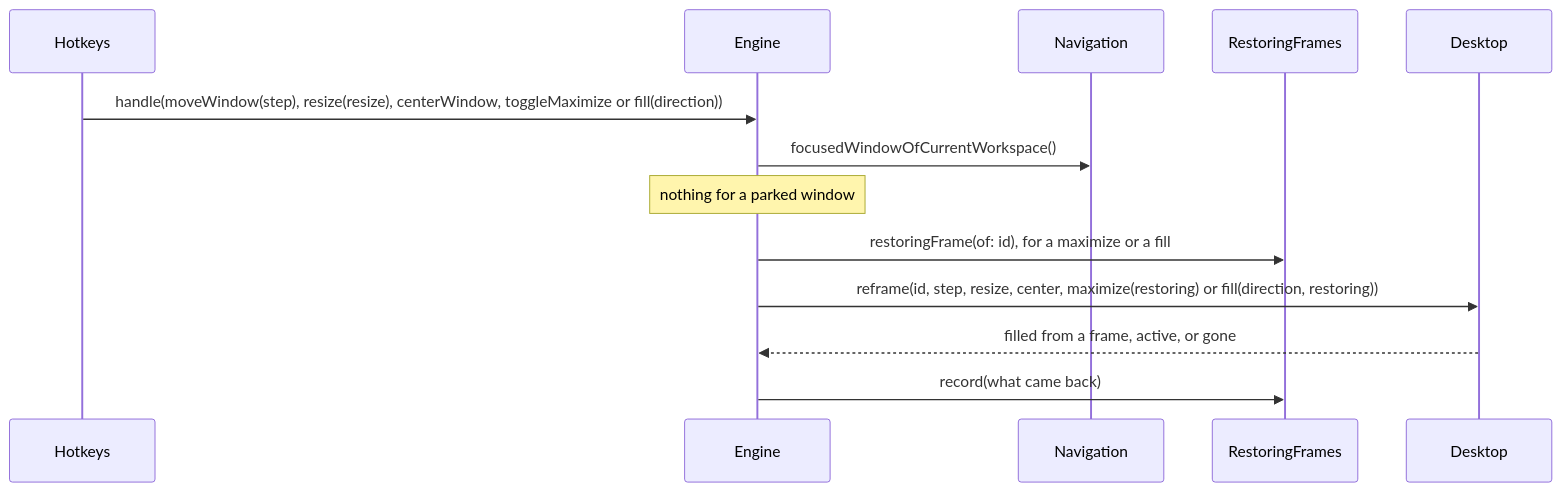
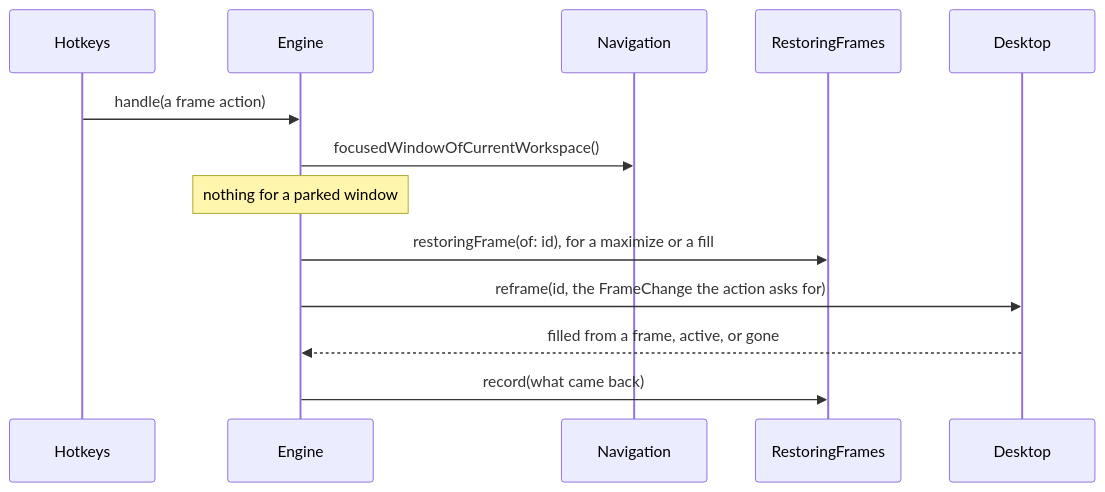
Diagram 11 of 19 in ARCHITECTURE.md (brennovich/ottowm), drawn with Mermaid before and after one commit. The commit also changed other lines of this file and 2 other files, not shown here.

Commit message:
Parse direction and resize arguments through one helper
The move-window and resize verbs each parsed their word argument and
optional point count with a copy of the same code, and the direction
and change lookups differed only in the type and the error reason. One
generic helper now covers both, so the next `verb WORD [N]` action adds
a table row instead of two functions.

The reframe result switch lists every FrameChange case instead of a
default, so adding a case is a compile error until its outcome is
decided.

````diff
--- a/ARCHITECTURE.md
+++ b/ARCHITECTURE.md
@@ -286,10 +286,10 @@
 ```mermaid
 sequenceDiagram
-    Hotkeys->>Engine: handle(moveWindow(step), resize(resize), centerWindow, toggleMaximize or fill(direction))
+    Hotkeys->>Engine: handle(a frame action)
     Engine->>Navigation: focusedWindowOfCurrentWorkspace()
     Note over Engine: nothing for a parked window
     Engine->>RestoringFrames: restoringFrame(of: id), for a maximize or a fill
-    Engine->>Desktop: reframe(id, step, resize, center, maximize(restoring) or fill(direction, restoring))
+    Engine->>Desktop: reframe(id, the FrameChange the action asks for)
     Desktop-->>Engine: filled from a frame, active, or gone
     Engine->>RestoringFrames: record(what came back)
 ```
````
